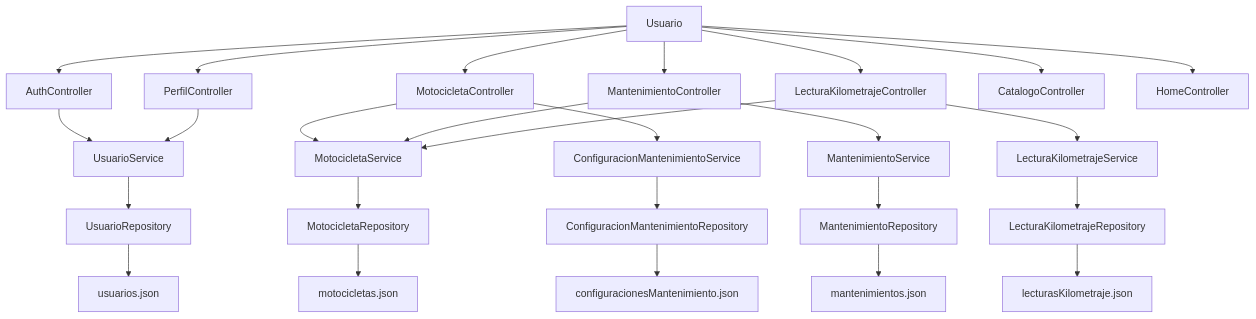
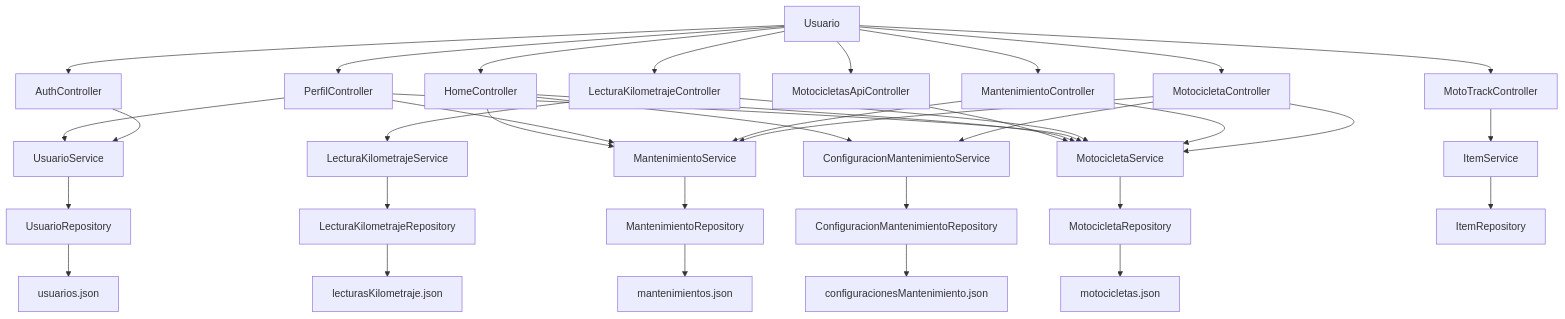
One commit to Dave2826/ArqSoft-S01-DavidMorales changed the diagram in docs/diagramas/vista-logica.md. Above: the diagram before and after it, drawn with Mermaid. The commit also changed other lines of this file and 4 other files, not shown here.

Commit message:
docs: correct ADR-02 views and synchronize diagrams with current architecture

````diff
--- a/docs/diagramas/vista-logica.md
+++ b/docs/diagramas/vista-logica.md
@@ -7,38 +7,51 @@
 ```mermaid
 flowchart TD
 
     U[Usuario]
 
     U --> C1[AuthController]
     U --> C2[MotocicletaController]
     U --> C3[MantenimientoController]
     U --> C4[LecturaKilometrajeController]
     U --> C5[PerfilController]
-    U --> C6[CatalogoController]
+    U --> C6[MotoTrackController]
     U --> C7[HomeController]
+    U --> C8[MotocicletasApiController]
 
     C1 --> S1[UsuarioService]
 
     C2 --> S2[MotocicletaService]
     C2 --> S5[ConfiguracionMantenimientoService]
+    C2 --> S3[MantenimientoService]
 
     C3 --> S3[MantenimientoService]
-    C3 --> S2
+    C3 --> S2[MotocicletaService]
 
     C4 --> S4[LecturaKilometrajeService]
-    C4 --> S2
+    C4 --> S2[MotocicletaService]
 
-    C5 --> S1
+    C5 --> S1[UsuarioService]
+    C5 --> S2[MotocicletaService]
+    C5 --> S3[MantenimientoService]
+
+    C6 --> S6[ItemService]
+
+    C7 --> S2[MotocicletaService]
+    C7 --> S3[MantenimientoService]
+    C7 --> S5[ConfiguracionMantenimientoService]
+
+    C8 --> S2[MotocicletaService]
 
     S1 --> R1[UsuarioRepository]
     S2 --> R2[MotocicletaRepository]
     S3 --> R3[MantenimientoRepository]
     S4 --> R4[LecturaKilometrajeRepository]
     S5 --> R5[ConfiguracionMantenimientoRepository]
+    S6 --> R6[ItemRepository]
 
     R1 --> D1[usuarios.json]
     R2 --> D2[motocicletas.json]
     R3 --> D3[mantenimientos.json]
     R4 --> D4[lecturasKilometraje.json]
     R5 --> D5[configuracionesMantenimiento.json]
 ```
````
